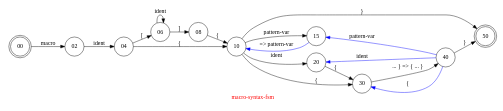
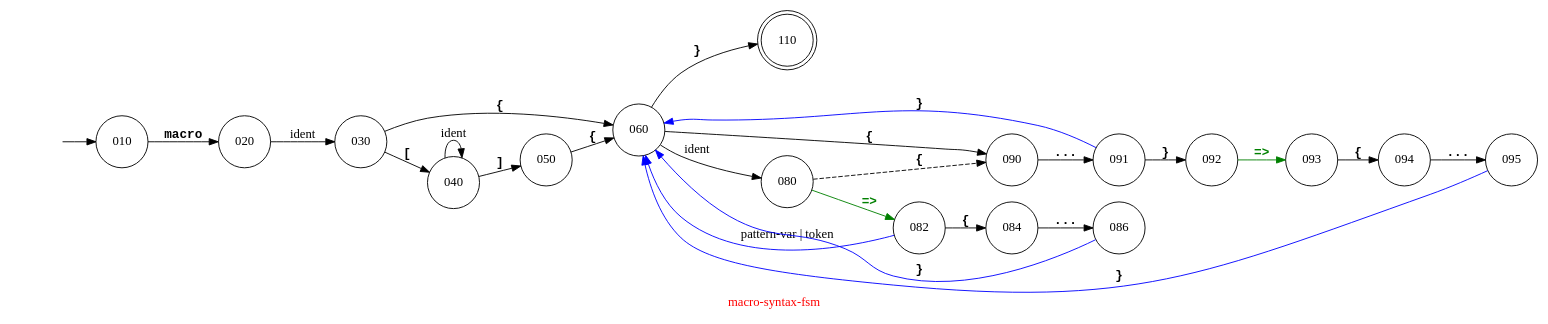
The diagram in src/macro-system-parser/macro-syntax-fsm.dot (Ayyzee/dakota), drawn with Graphviz before and after one commit.

Commit message:
Lots of improvements in the grammar.

```diff
--- a/src/macro-system-parser/macro-syntax-fsm.dot
+++ b/src/macro-system-parser/macro-syntax-fsm.dot
@@ -1,51 +1,61 @@
 // Copyright (C) 2007, 2008 Robert Nielsen <robert@dakota.org>
 //
 // Licensed under the Apache License, Version 2.0 (the "License");
 // you may not use this file except in compliance with the License.
 // You may obtain a copy of the License at
 //
 //      http://www.apache.org/licenses/LICENSE-2.0
 //
 // Unless required by applicable law or agreed to in writing, software
 // distributed under the License is distributed on an "AS IS" BASIS,
 // WITHOUT WARRANTIES OR CONDITIONS OF ANY KIND, either express or implied.
 // See the License for the specific language governing permissions and
 // limitations under the License.
 
 digraph "macro-syntax-fsm"
 {
   graph [ label = "\G", fontcolor = red ];
   graph [ rankdir = "LR",
-        center = true,
-        size = "7.5,10",
+          center = true,
+          //size = "7.5,10",
+          //fontname = "courier",
+          //concentrate = true,
           ];
 
   //node [ shape = circle, label = "", width = 0.25 ];
   // OR
   node [ shape = circle ];
 
-  00 [ shape = doublecircle ];
-  50 [ shape = doublecircle ];
+  edge [ fontname = "courier-italic" ];
 
-  00 -> 02 [ label = "macro" ];
-  02 -> 04 [ label = "ident" ];
-  04 -> 06 [ label = "[" ];
-  04 -> 10 [ label = "{" ];
-  06 -> 06 [ label = "ident" ];
-  06 -> 08 [ label = "]" ];
-  08 -> 10 [ label = "{" ];
+  000 [ style = invis ];
+  110 [ shape = doublecircle ];
 
-  10 -> 15 [ label = "pattern-var" ];
-  10 -> 15 [ label = "=> pattern-var", color = blue, dir = back ];
-  10 -> 20 [ label = "ident" ];
-  10 -> 50 [ label = "}" ];
+  000 -> 010;
+  010 -> 020 [ label = "macro", fontname = "courier-bold" ];
+  020 -> 030 [ label = "ident" ];
+  030 -> 040 [ label = "[", fontname = "courier-bold" ];
+  030 -> 060 [ label = "{", fontname = "courier-bold" ];
+  040 -> 040 [ label = "ident" ];
+  040 -> 050 [ label = "]", fontname = "courier-bold" ];
+  050 -> 060 [ label = "{", fontname = "courier-bold" ];
 
-  10 -> 30 [ label = "{" ];
-  20 -> 30 [ label = "{" ];
-  20 -> 40 [ label = "ident", color = blue, dir = back ];
+  060 -> 080 [ label = "ident" ];
+  060 -> 110 [ label = "}", fontname = "courier-bold" ];
+  060 -> 090 [ label = "{", fontname = "courier-bold" ];
+  080 -> 090 [ label = "{", fontname = "courier-bold", style = dashed ];
+  080 -> 082 [ label = "=>", fontname = "courier-bold", fontcolor = green, color = green  ];
+  082 -> 060 [ label = "pattern-var | token", color = blue, weight = 0.0 ]; // back
+  082 -> 084 [ label = "{", fontname = "courier-bold" ];
+  084 -> 086 [ label = "...", fontname = "courier-bold" ];
+  086 -> 060 [ label = "}", color = blue, fontname = "courier-bold", weight = 0.0 ]; // back
+  090 -> 091 [ label = "...", fontname = "courier-bold" ];
+  091 -> 092 [ label = "}", fontname = "courier-bold" ];
+  092 -> 093 [ label = "=>", fontname = "courier-bold", fontcolor = green, color = green  ];
+  091 -> 060 [ label = "}", color = blue, fontname = "courier-bold", weight = 0.0 ]; // back
+  093 -> 094 [ label = "{", fontname = "courier-bold" ];
+  094 -> 095 [ label = "...", fontname = "courier-bold" ];
+  095 -> 060 [ label = "}", color = blue, fontname = "courier-bold", weight = 0.0 ]; // back
 
-  30 -> 40 [ label = "... } => { ... }" ];
-  30 -> 40 [ label = "{", color = blue, dir = back ];
-  15 -> 40 [ label = "pattern-var", color = blue, dir = back ];
-  40 -> 50 [ label = "}" ];
+  subgraph { graph [ rank = same ]; 084; 090; }
 }
```
